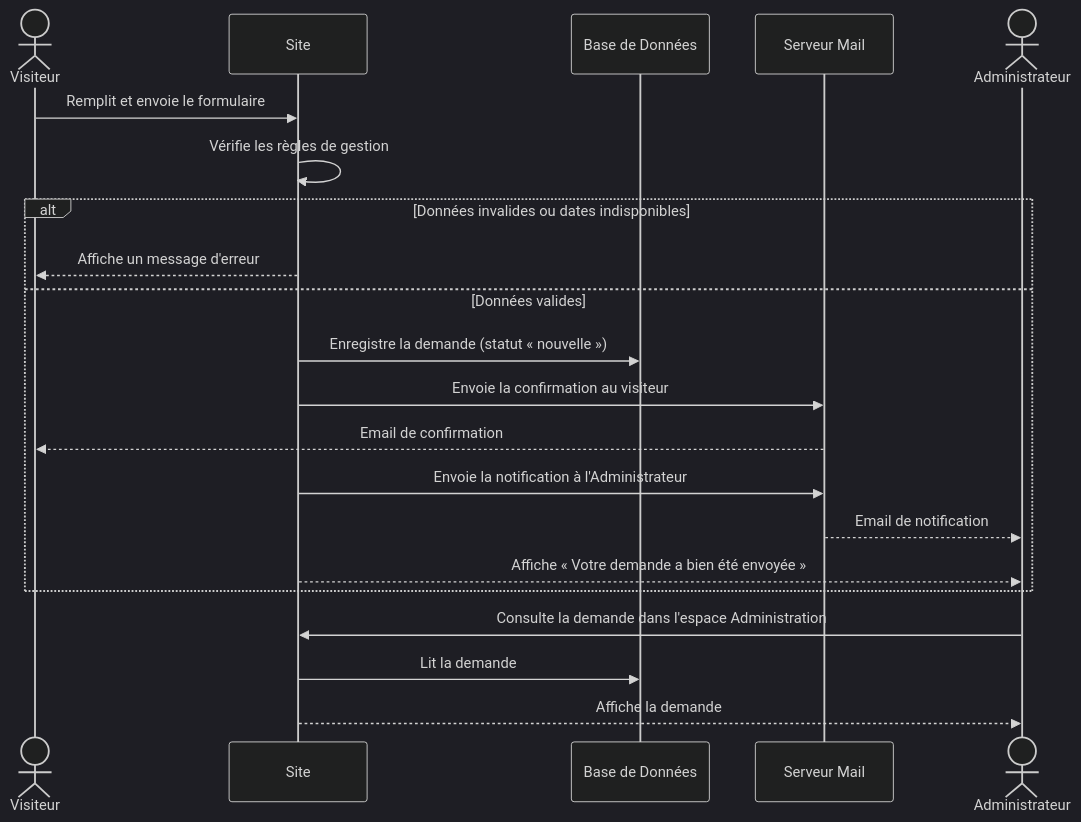
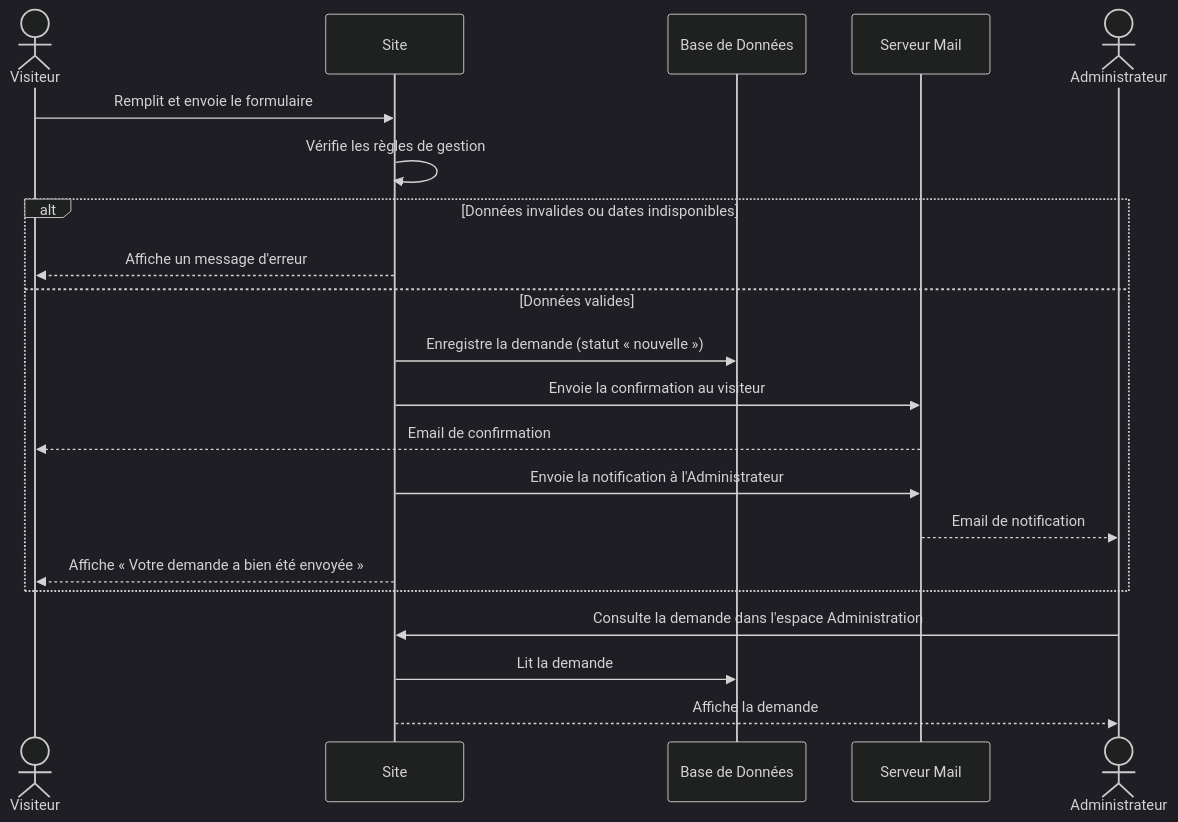
One commit to Milie07/gites-de-fontbonne changed the second of 2 diagrams in docs/01-fonctionnel/cahier-des-charges-fonctionnel.md. Above: the diagram before and after it, drawn with Mermaid (dark theme). The commit also changed other lines of this file and 2 other files, not shown here.

Commit message:
docs: cahier des charges fonctionnels fait - a faire valider - ajout du diagramme de séquence en png

````diff
--- a/docs/01-fonctionnel/cahier-des-charges-fonctionnel.md
+++ b/docs/01-fonctionnel/cahier-des-charges-fonctionnel.md
@@ -440,25 +844,25 @@
 ```mermaid
 sequenceDiagram
     actor V as Visiteur
     participant S as Site
     participant BDD as Base de Données
     participant M as Serveur Mail
     actor A as Administrateur
 
     V->>S: Remplit et envoie le formulaire
     S->>S: Vérifie les règles de gestion
     alt Données invalides ou dates indisponibles
         S-->>V: Affiche un message d'erreur
     else Données valides
         S->>BDD: Enregistre la demande (statut « nouvelle »)
         S->>M: Envoie la confirmation au visiteur
         M-->>V: Email de confirmation
         S->>M: Envoie la notification à l'Administrateur
         M-->>A: Email de notification
-        S-->>A: Affiche « Votre demande a bien été envoyée »
+        S-->>V: Affiche « Votre demande a bien été envoyée »
     end
     A->>S: Consulte la demande dans l'espace Administration
     S->>BDD: Lit la demande
     S-->>A: Affiche la demande
 
 ```
````
